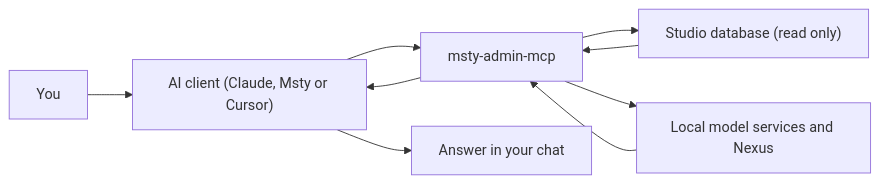
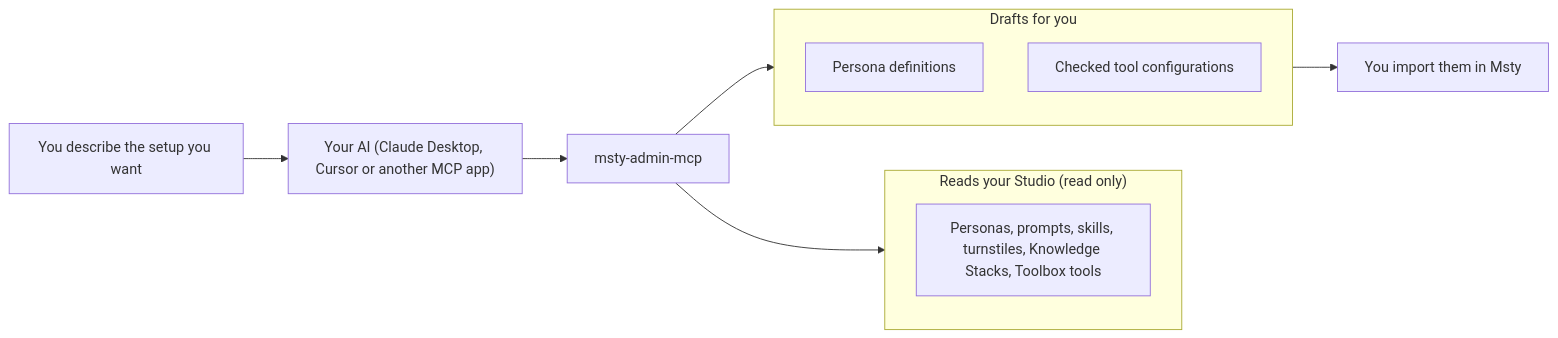
One commit to M-Pineapple/msty-admin-mcp changed the second of 4 diagrams in README.md. Above: the diagram before and after it, drawn with Mermaid. The commit also changed other lines of this file, not shown here.

Commit message:
docs: lead README with the hybrid local and cloud setup

````diff
--- a/README.md
+++ b/README.md
@@ -74,11 +49,15 @@
 ```mermaid
 flowchart LR
-    U["You"] --> A["AI client (Claude, Msty or Cursor)"]
+    Y["You describe the setup you want"] --> A["Your AI (Claude Desktop, Cursor or another MCP app)"]
     A --> M["msty-admin-mcp"]
-    M --> D["Studio database (read only)"]
-    M --> S["Local model services and Nexus"]
-    D --> M
-    S --> M
-    M --> A
-    A --> R["Answer in your chat"]
+    subgraph Reads["Reads your Studio (read only)"]
+        I["Personas, prompts, skills, turnstiles, Knowledge Stacks, Toolbox tools"]
+    end
+    subgraph Drafts["Drafts for you"]
+        P["Persona definitions"]
+        V["Checked tool configurations"]
+    end
+    M --> Reads
+    M --> Drafts
+    Drafts --> X["You import them in Msty"]
 ```
````
